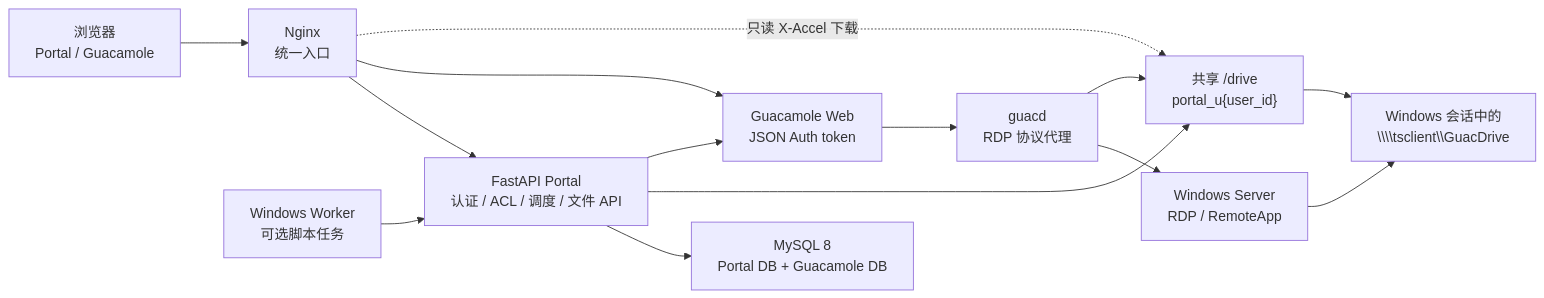
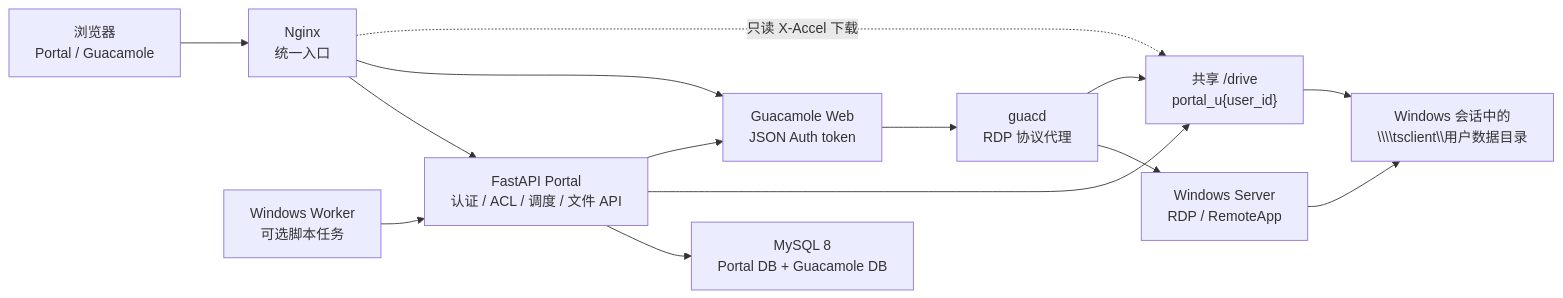
The first of 5 diagrams in README.md (MagicXran/gucamole_app), drawn with Mermaid before and after one commit. The commit also changed other lines of this file and 24 other files, not shown here.

````diff
--- a/README.md
+++ b/README.md
@@ -74,16 +74,16 @@
 ```mermaid
 flowchart LR
     Browser["浏览器\nPortal / Guacamole"] --> Nginx["Nginx\n统一入口"]
     Nginx --> Portal["FastAPI Portal\n认证 / ACL / 调度 / 文件 API"]
     Nginx --> GuacWeb["Guacamole Web\nJSON Auth token"]
     Portal --> MySQL["MySQL 8\nPortal DB + Guacamole DB"]
     Portal --> Drive["共享 /drive\nportal_u{user_id}"]
     Portal --> GuacWeb
     GuacWeb --> Guacd["guacd\nRDP 协议代理"]
     Guacd --> WindowsHost["Windows Server\nRDP / RemoteApp"]
     Guacd --> Drive
     Nginx -. "只读 X-Accel 下载" .-> Drive
-    Drive --> GuacDrive["Windows 会话中的\n\\\\tsclient\\GuacDrive"]
+    Drive --> GuacDrive["Windows 会话中的\n\\\\tsclient\\用户数据目录"]
     WindowsHost --> GuacDrive
     Worker["Windows Worker\n可选脚本任务"] --> Portal
 ```
````
